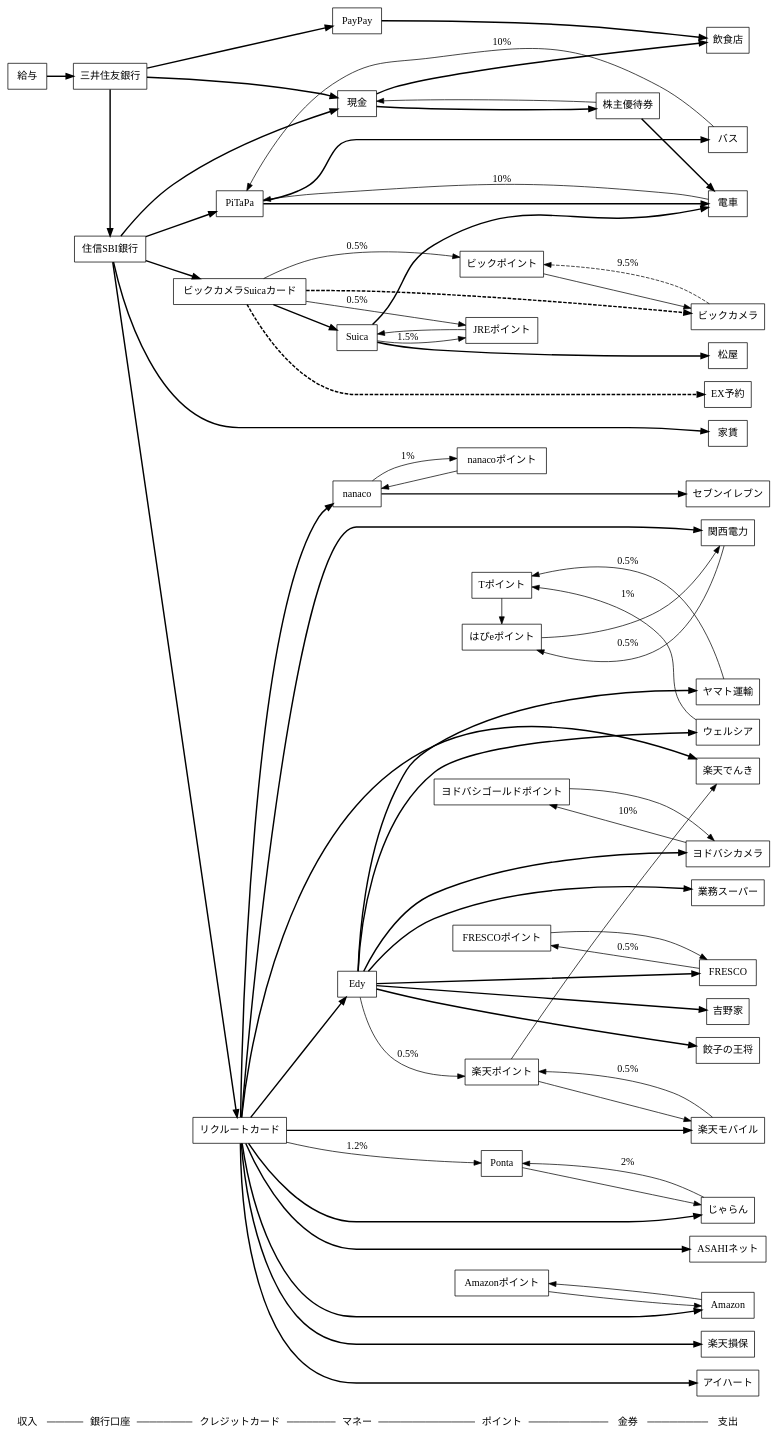
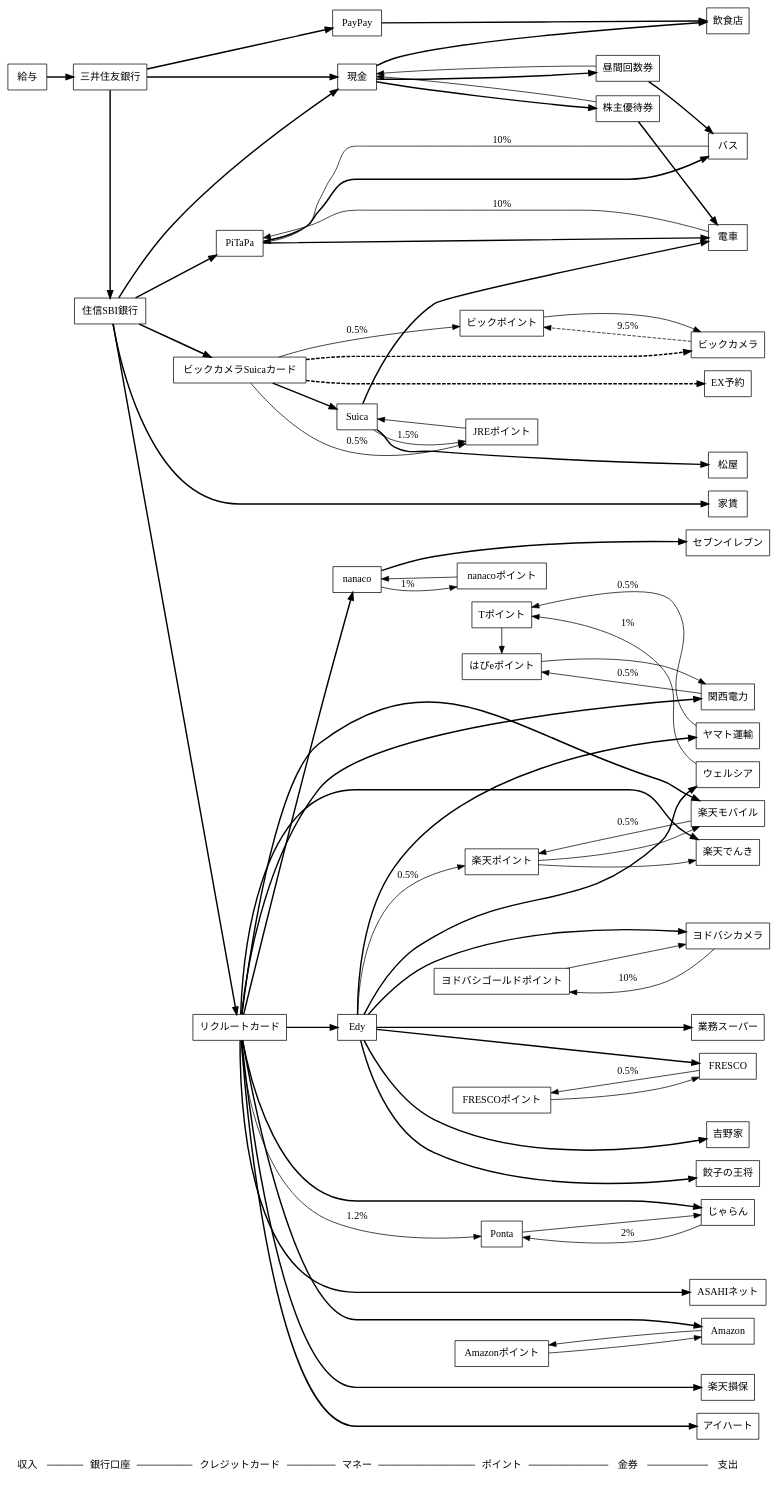
The diagram in moneyflow.dot (saireya/moneyflow), drawn with Graphviz before and after one commit. The commit also changed 1 other file, not shown here.

```diff
--- a/moneyflow.dot
+++ b/moneyflow.dot
@@ -1,163 +1,167 @@
 // dot -Tsvg moneyflow.dot -o moneyflow.svg
 // edge: bold: 支出, solid: 還元(label:還元率), dashed: Obsolete
 digraph "MoneyFlow"
 {
 	graph [ rankdir = LR ];
 	node [ shape = box ];
 
 	"収入", "銀行口座", "クレジットカード", "マネー", "ポイント", "金券", "支出" [shape = none];
 	"収入" -> "銀行口座" -> "クレジットカード" -> "マネー" -> "ポイント" -> "金券" -> "支出" [arrowhead = none];
 	{
 		rank = same; "収入";
 		給与;
 	}
 
 	{
 		rank = same; "銀行口座";
 		三井住友銀行;
 		住信SBI銀行;
 	}
 
 	{
 		rank = same; "クレジットカード";
 		ビックカメラSuicaカード;
 		リクルートカード;
 		PiTaPa;
 	}
 
 	{
 		rank = same; "マネー";
 		Suica;
 		現金;
 		nanaco;
 		Edy;
 		PayPay;
 	}
 
 	{
 		rank = same; "ポイント";
 		// 共通ポイント
 		Ponta;
 		Tポイント;
 		楽天ポイント;
 		// クレジットカード関係
 		JREポイント;
 		// 独自ポイント
 		ビックポイント;
 		Amazonポイント;
 		nanacoポイント;
 		FRESCOポイント;
 		ヨドバシゴールドポイント;
 		はぴeポイント;
 	}
 
 	{
 		rank = same; "金券";
 		株主優待券;
+		昼間回数券;
 	}
 
 	{
 		rank = same; "支出";
 		家賃;
 		// コンビニ
 		セブンイレブン;
 		// 交通
 		電車;
 		バス;
 		// インフラ
 		ASAHIネット;
 		楽天モバイル;
 		楽天でんき;
 		関西電力;
 		ヤマト運輸;
 		楽天損保;
 		// 店舗
 		アイハート;
 		ウェルシア;
 		ビックカメラ;
 		ヨドバシカメラ;
 		餃子の王将;
 		飲食店;
 		FRESCO;
 		業務スーパー;
 		松屋;
 		吉野家;
 		// ネット
 		Amazon;
 		EX予約;
 		じゃらん;
 	}
 
 	// SMBC
 	給与 -> 三井住友銀行 [style="bold", weight=100];
 	三井住友銀行 -> 現金, 住信SBI銀行 [style="bold", weight=100];
 	三井住友銀行 -> PayPay [style="bold", weight=100];
 	PayPay -> 飲食店 [style="bold", weight=100];
 
 	// ビックカメラSuicaカード
 	ビックカメラSuicaカード -> JREポイント [label="0.5%"];
 	ビックカメラSuicaカード -> ビックカメラ [style="bold,dashed", weight=100];
 	ビックカメラ -> ビックポイント [style="dashed", label="9.5%"];
 	ビックカメラSuicaカード -> ビックポイント [label="0.5%"]
 	ビックポイント -> ビックカメラ;
 	ビックカメラSuicaカード -> Suica -> 電車 [style="bold", weight=100];
 	Suica -> 松屋 [style="bold", weight=100];
 	ビックカメラSuicaカード -> EX予約 [style="bold,dashed", weight=100];
 	Suica -> JREポイント [label="1.5%"];
 	JREポイント -> Suica;
 
 	// 住信SBI
 	住信SBI銀行 -> 現金 [style="bold", weight=100];
 	住信SBI銀行 -> 家賃 [style="bold", weight=100];
 	住信SBI銀行 -> ビックカメラSuicaカード, リクルートカード, PiTaPa [style="bold", weight=100];
 
 	// リクルートカード
 	リクルートカード -> ASAHIネット [style="bold", weight=100];
 	リクルートカード -> Amazon [style="bold", weight=100];
 	リクルートカード -> じゃらん [style="bold", weight=100];
 	リクルートカード -> アイハート [style="bold", weight=100];
 	リクルートカード -> 関西電力 [style="bold", weight=100];
 	関西電力 -> はぴeポイント [label="0.5%"];
 	はぴeポイント -> 関西電力;
 	リクルートカード -> 楽天でんき [style="bold", weight=100];
 	リクルートカード -> 楽天損保 [style="bold", weight=100];
 	リクルートカード -> 楽天モバイル [style="bold", weight=100];
 	楽天モバイル -> 楽天ポイント [label="0.5%"];
 	楽天ポイント -> 楽天モバイル, 楽天でんき;
 	リクルートカード -> Edy [style="bold", weight=100];
 	Edy -> ヤマト運輸 [style="bold", weight=100];
 	ヤマト運輸 -> Tポイント [label="0.5%"];
 	Edy -> ヨドバシカメラ [style="bold", weight=100];
 	ヨドバシカメラ -> ヨドバシゴールドポイント [label="10%"];
 	ヨドバシゴールドポイント -> ヨドバシカメラ;
 	Edy -> ウェルシア [style="bold", weight=100];
 	ウェルシア -> Tポイント [label="1%"];
 	Tポイント -> はぴeポイント;
 	Edy -> 吉野家 [style="bold", weight=100];
 	Edy -> 楽天ポイント [label="0.5%"];
 	リクルートカード -> Ponta [label="1.2%"];
 	Ponta -> じゃらん;
 	じゃらん -> Ponta [label="2%"];
 	Amazon -> Amazonポイント -> Amazon;
 	リクルートカード -> nanaco [style="bold", weight=100];
 	nanaco -> セブンイレブン [style="bold", weight=100];
 	nanaco -> nanacoポイント [label="1%"];
 	nanacoポイント -> nanaco;
 	Edy -> 業務スーパー [style="bold", weight=100];
 	Edy -> FRESCO [style="bold", weight=100];
 	FRESCO -> FRESCOポイント [label="0.5%"];
 	FRESCOポイント -> FRESCO;
 	Edy -> 餃子の王将 [style="bold", weight=100];
 
 	// PiTaPa
 	PiTaPa -> 電車 [style="bold", weight=100];
 	電車 -> PiTaPa [label="10%"];
 	PiTaPa -> バス [style="bold", weight=100];
 	バス -> PiTaPa [label="10%"];
 
 	// 現金
 	現金 -> 飲食店 [style="bold", weight=100];
 	現金 -> 株主優待券 [style="bold", weight=100];
 	株主優待券 -> 電車 [style="bold", weight=100];
 	株主優待券 -> 現金;
+	現金 -> 昼間回数券 [style="bold", weight=100];
+	昼間回数券 -> 現金;
+	昼間回数券 -> バス [style="bold", weight=100];
 } 
```
